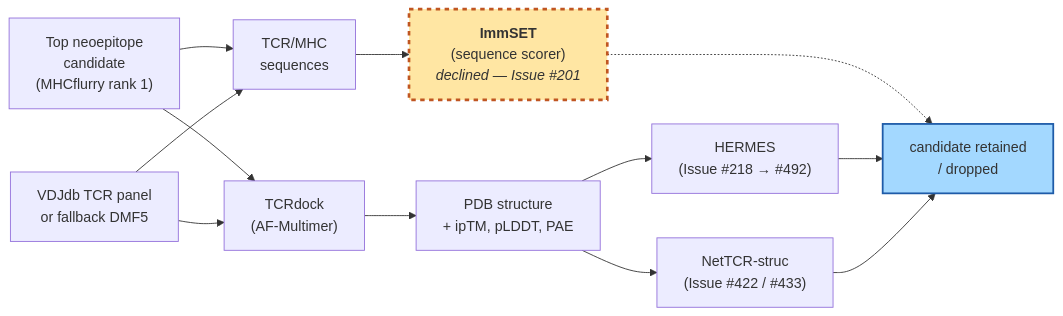
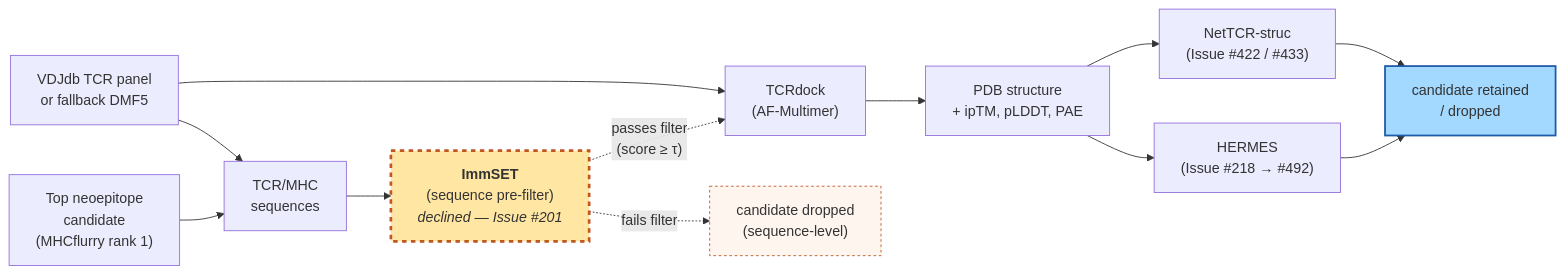
Before and after one commit to Jin-HoMLee/splice-neoepitope-pipeline: the diagram in research/evals/issue_201_immset/slides.qmd, drawn with Mermaid. The commit also changed other lines of this file, not shown here.

Commit message:
fix(slides): ImmSET counterfactual integration graph — pre-filter semantics
Body text said ImmSET "would be a fast pre-filter before TCRdock", but the
Mermaid graph showed ImmSET as a parallel sibling of HERMES + NetTCR-struc
with a single dotted edge directly to "candidate retained/dropped". The
visual contradicted the claim.

Fix: ImmSET now has two gating edges out — "passes filter (score ≥ τ)"
into TCRdock (so only sequence-plausible candidates pay the AF-Multimer
cost), and "fails filter" into a new dropped-at-sequence-level terminal
node (pale orange dashed). Both edges stay dotted because the path is
hypothetical (declined per Issue #201).

Caught during visual verification by reviewer.

````diff
--- a/research/evals/issue_201_immset/slides.qmd
+++ b/research/evals/issue_201_immset/slides.qmd
@@ -98,18 +98,19 @@
 ```{mermaid}
 %%| fig-width: 11
 flowchart LR
     A["Top neoepitope<br/>candidate<br/>(MHCflurry rank 1)"] --> B["TCR/MHC<br/>sequences"]
     F["VDJdb TCR panel<br/>or fallback DMF5"] --> B
-    B --> X["<b>ImmSET</b><br/>(sequence scorer)<br/><i>declined — Issue #201</i>"]
-    A --> C["TCRdock<br/>(AF-Multimer)"]
+    B --> X["<b>ImmSET</b><br/>(sequence pre-filter)<br/><i>declined — Issue #201</i>"]
+    X -.->|"passes filter<br/>(score ≥ τ)"| C["TCRdock<br/>(AF-Multimer)"]
+    X -.->|"fails filter"| J["candidate dropped<br/>(sequence-level)"]
     F --> C
     C --> D["PDB structure<br/>+ ipTM, pLDDT, PAE"]
     D --> E["HERMES<br/>(Issue #218 → #492)"]
     D --> G["NetTCR-struc<br/>(Issue #422 / #433)"]
-    X -.-> I["candidate retained<br/>/ dropped"]
-    E --> I
+    E --> I["candidate retained<br/>/ dropped"]
     G --> I
 
     style X fill:#ffe6a3,stroke:#c05621,stroke-width:3px,stroke-dasharray: 5 5
+    style J fill:#fef5ef,stroke:#c05621,stroke-width:1px,stroke-dasharray: 3 3
     style I fill:#a3d8ff,stroke:#1e5ba8,stroke-width:2px
 ```
````
